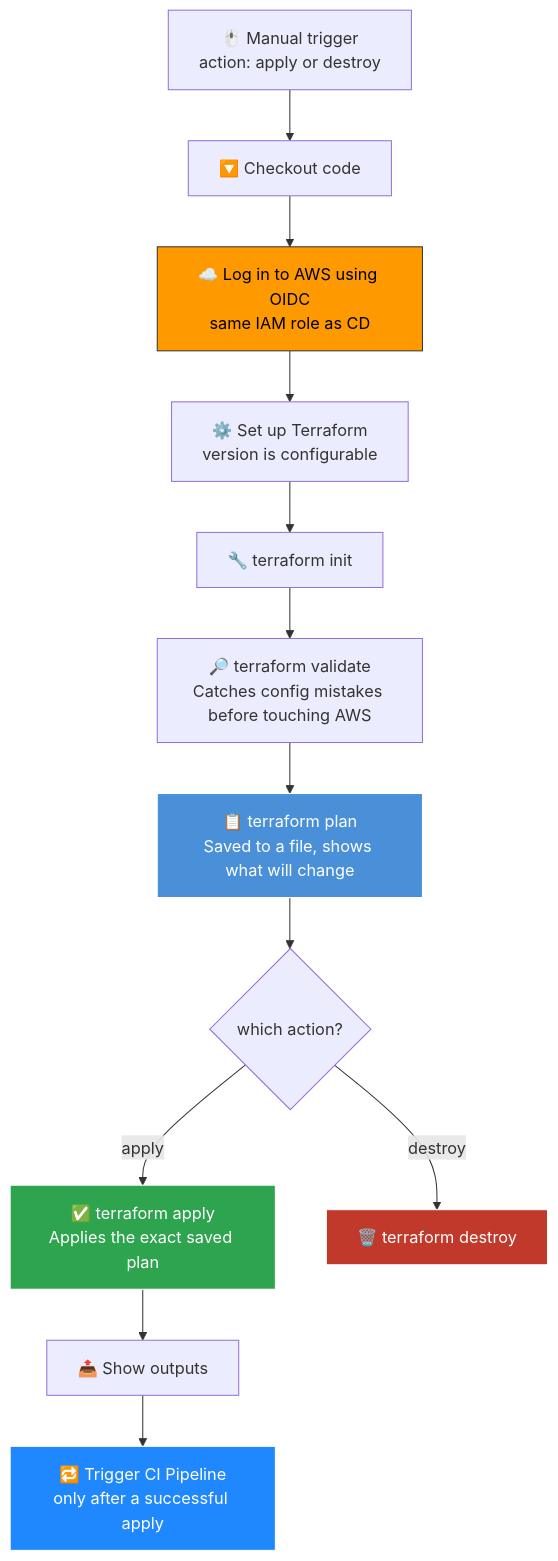
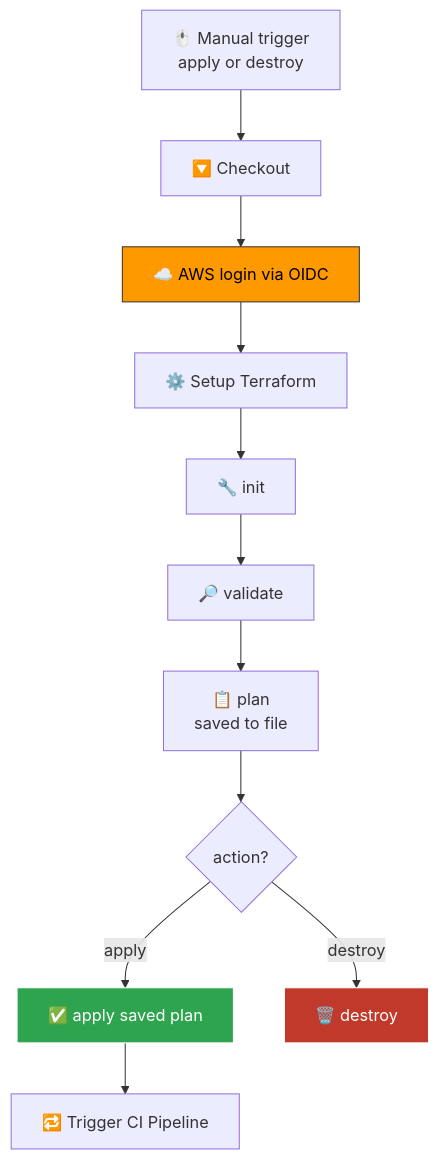
The third of 3 diagrams in README.md (ArshadKhan-007/URL-SHORTENER-CI-CD-ECS), drawn with Mermaid before and after one commit. The commit also changed other lines of this file, not shown here.

````diff
--- a/README.md
+++ b/README.md
@@ -124,22 +133,17 @@
 ```mermaid
 flowchart TD
-    A["🖱️ Manual trigger\naction: apply or destroy"] --> B["🔽 Checkout code"]
-    B --> C["☁️ Log in to AWS using OIDC\nsame IAM role as CD"]
-    C --> D["⚙️ Set up Terraform\nversion is configurable"]
-    D --> E["🔧 terraform init"]
-    E --> F["🔎 terraform validate\nCatches config mistakes before touching AWS"]
-    F --> G["📋 terraform plan\nSaved to a file, shows what will change"]
-
-    G --> H{"which action?"}
-    H -- "apply" --> I["✅ terraform apply\nApplies the exact saved plan"]
-    H -- "destroy" --> J["🗑️ terraform destroy"]
-
-    I --> K["📤 Show outputs"]
-    K --> L["🔁 Trigger CI Pipeline\nonly after a successful apply"]
+    A["🖱️ Manual trigger<br/>apply or destroy"] --> B["🔽 Checkout"]
+    B --> C["☁️ AWS login via OIDC"]
+    C --> D["⚙️ Setup Terraform"]
+    D --> E["🔧 init"]
+    E --> F["🔎 validate"]
+    F --> G["📋 plan<br/>saved to file"]
+    G --> H{"action?"}
+    H -- "apply" --> I["✅ apply saved plan"]
+    H -- "destroy" --> J["🗑️ destroy"]
+    I --> K["🔁 Trigger CI Pipeline"]
 
     style C fill:#FF9900,stroke:#333,color:#000
-    style G fill:#4a90d9,stroke:#fff,color:#fff
     style I fill:#2ea44f,stroke:#fff,color:#fff
     style J fill:#c0392b,stroke:#fff,color:#fff
-    style L fill:#2088FF,stroke:#fff,color:#fff
 ```
````
